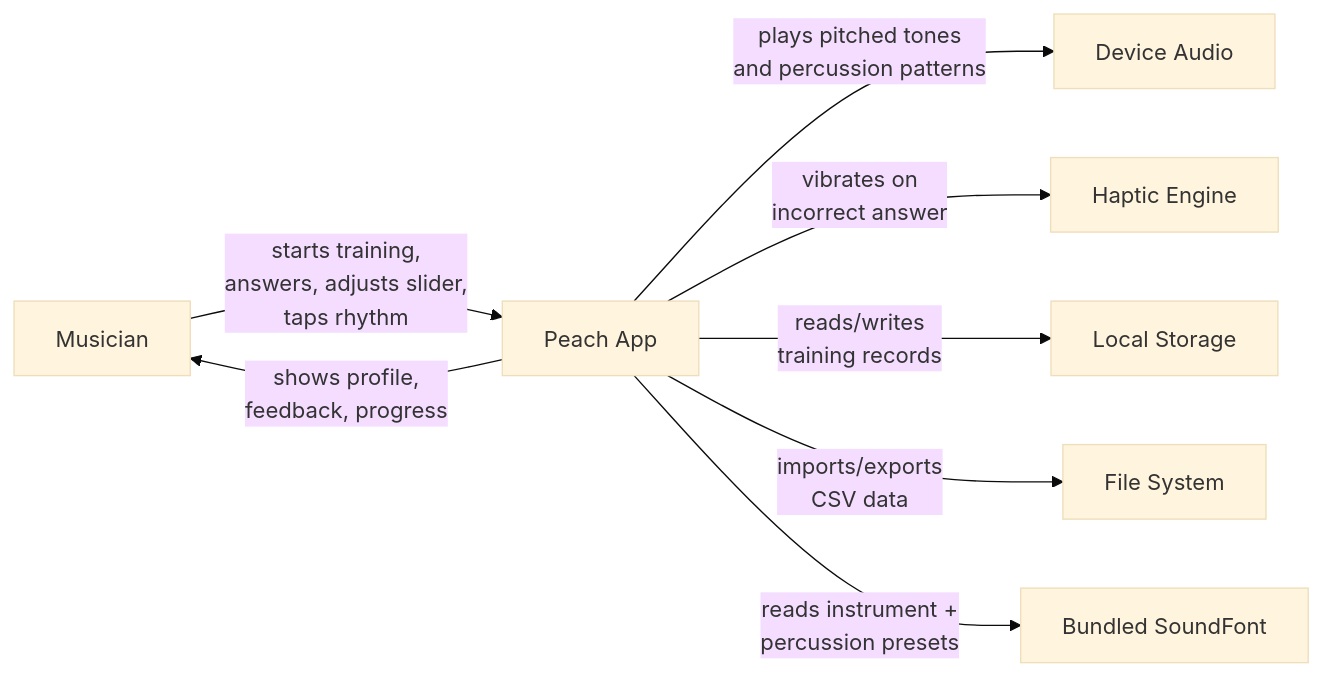
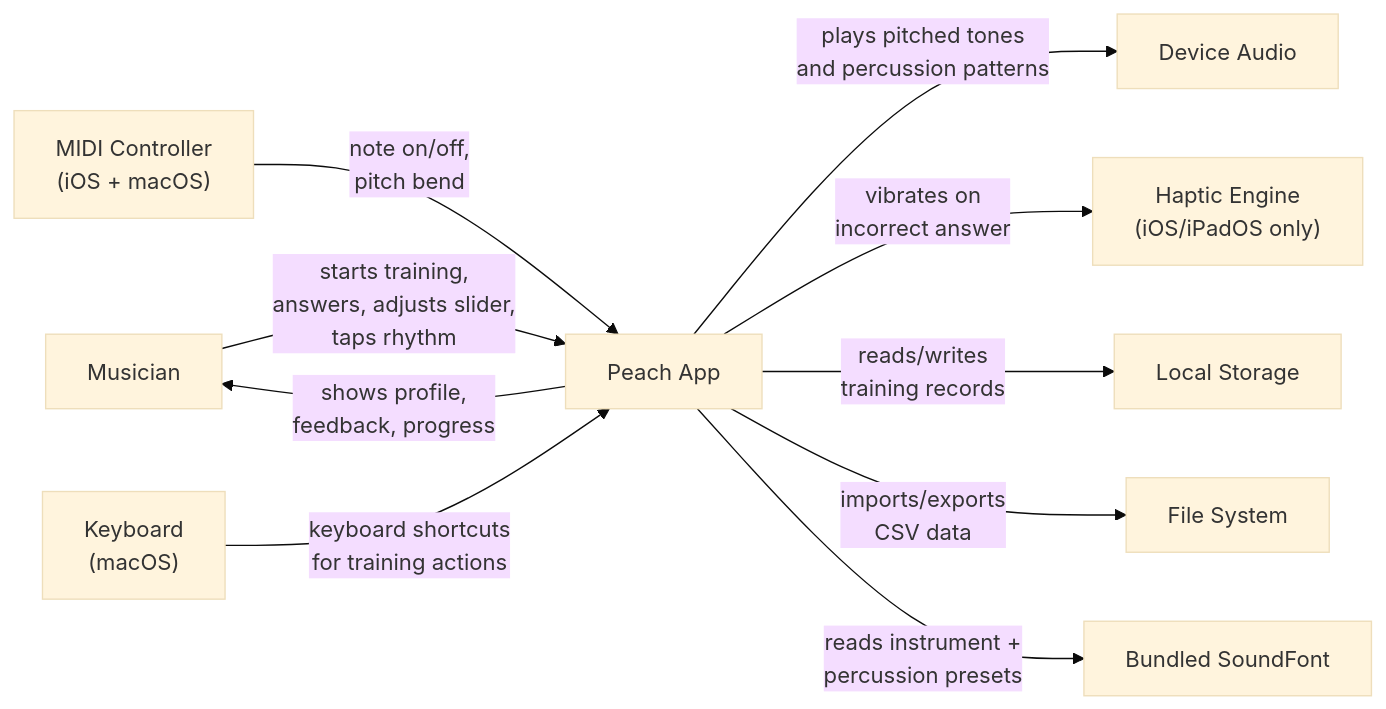
One commit to mschuerig/peach-ios changed the first of 11 diagrams in docs/arc42.md. Above: the diagram before and after it, drawn with Mermaid (base theme). The commit also changed other lines of this file and 6 other files, not shown here.

````diff
--- a/docs/arc42.md
+++ b/docs/arc42.md
@@ -79,18 +79,22 @@
 ```mermaid
 graph LR
     User["Musician"]
     Peach["Peach App"]
     Audio["Device Audio"]
-    Haptics["Haptic Engine"]
+    Haptics["Haptic Engine<br/>(iOS/iPadOS only)"]
     Storage["Local Storage"]
     FS["File System"]
     SF2["Bundled SoundFont"]
+    MIDI["MIDI Controller<br/>(iOS + macOS)"]
+    KB["Keyboard<br/>(macOS)"]
 
     User -- "starts training,<br/>answers, adjusts slider,<br/>taps rhythm" --> Peach
     Peach -- "plays pitched tones<br/>and percussion patterns" --> Audio
     Peach -- "vibrates on<br/>incorrect answer" --> Haptics
     Peach -- "reads/writes<br/>training records" --> Storage
     Peach -- "imports/exports<br/>CSV data" --> FS
     Peach -- "reads instrument +<br/>percussion presets" --> SF2
     Peach -- "shows profile,<br/>feedback, progress" --> User
+    MIDI -- "note on/off,<br/>pitch bend" --> Peach
+    KB -- "keyboard shortcuts<br/>for training actions" --> Peach
 ```
````
